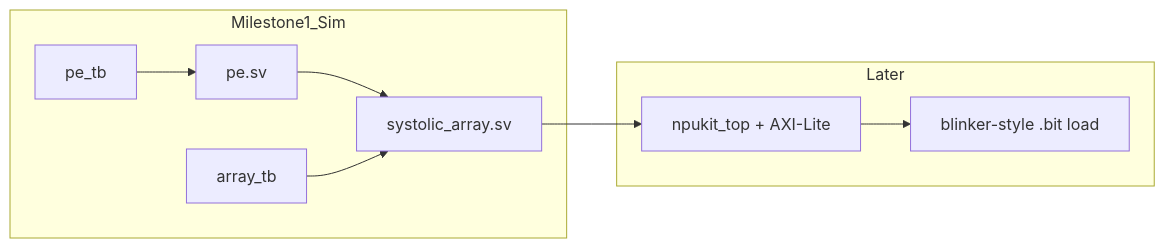
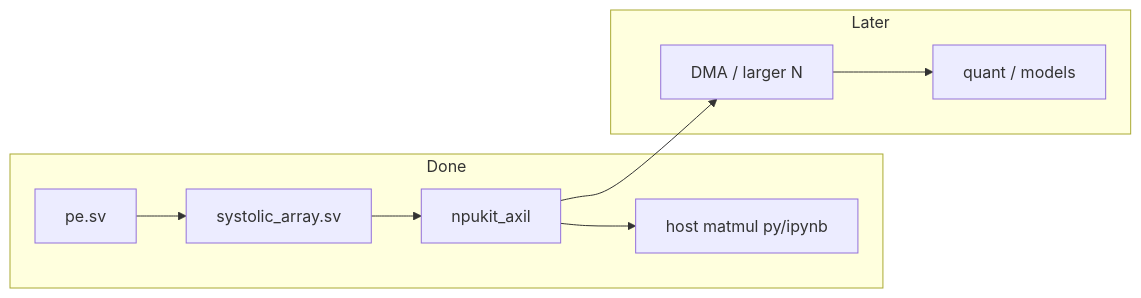
The diagram in PLAN.md (NetKit-Labs/npukit), drawn with Mermaid before and after one commit. The commit also changed other lines of this file and 10 other files, not shown here.

First line of the commit message:
Add AXI-Lite host path, PYNQ matmul host, and board docs.

````diff
--- a/PLAN.md
+++ b/PLAN.md
@@ -27,17 +25,15 @@
 ```mermaid
 flowchart LR
-  subgraph simFirst [Milestone1_Sim]
+  subgraph done [Done]
     PE[pe.sv]
     SA[systolic_array.sv]
-    TB1[pe_tb]
-    TB2[array_tb]
-    PE --> SA
-    TB1 --> PE
-    TB2 --> SA
+    AXIL[npukit_axil]
+    HOST[host matmul py/ipynb]
+    PE --> SA --> AXIL --> HOST
   end
   subgraph later [Later]
-    TOP[npukit_top + AXI-Lite]
-    BIT[blinker-style .bit load]
-    SA --> TOP --> BIT
+    DMA[DMA / larger N]
+    Q[quant / models]
+    AXIL --> DMA --> Q
   end
 ```
````
